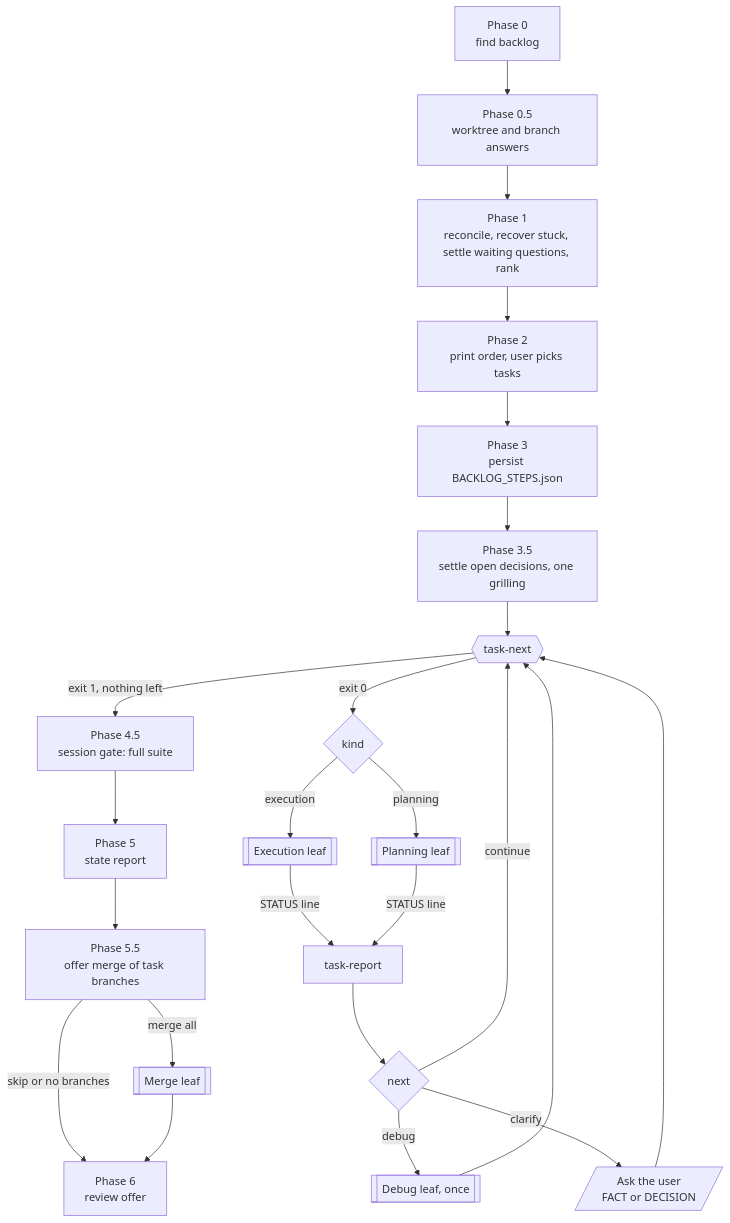
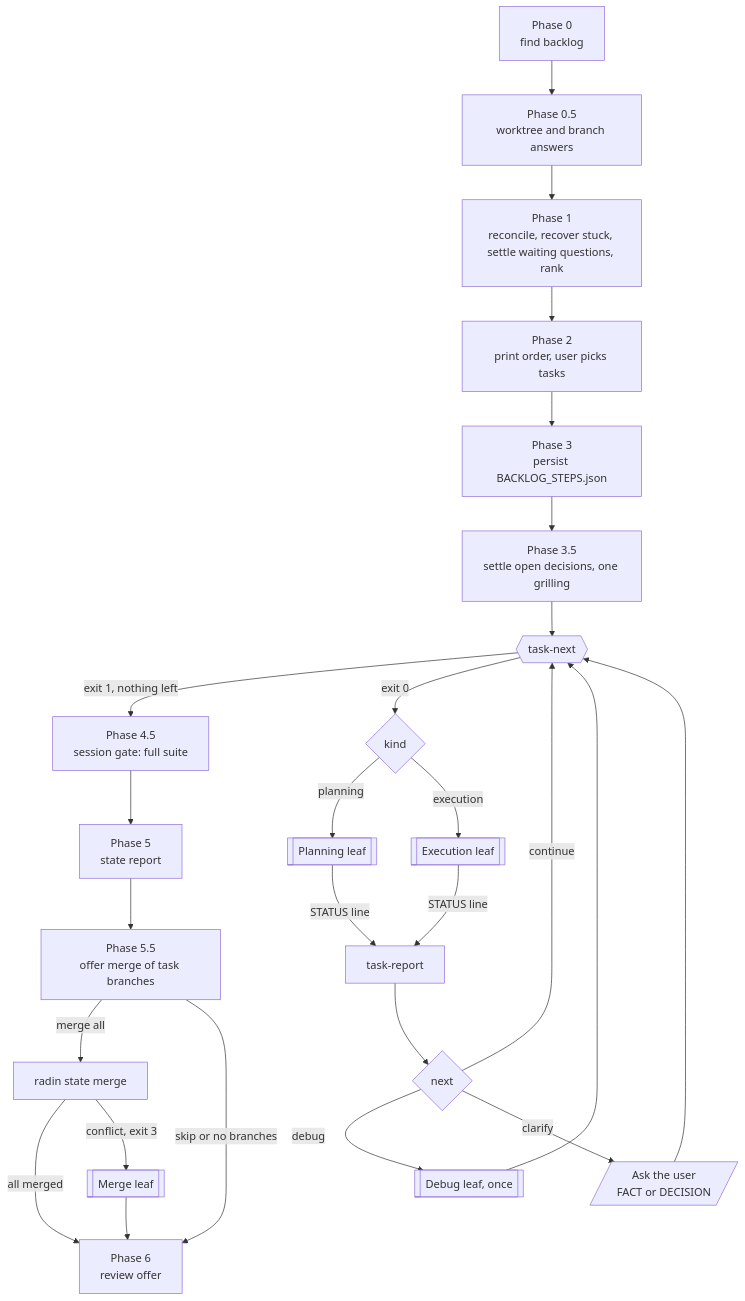
Before and after one commit to shortcuts/radin: the diagram in docs/lifecycle/router-loop.mmd, drawn with Mermaid. The commit also changed 5 other files, not shown here.

```diff
--- a/docs/lifecycle/router-loop.mmd
+++ b/docs/lifecycle/router-loop.mmd
@@ -1,24 +1,26 @@
 flowchart TD
   p0[Phase 0<br/>find backlog] --> p05[Phase 0.5<br/>worktree and branch answers]
   p05 --> p1[Phase 1<br/>reconcile, recover stuck, settle waiting questions, rank]
   p1 --> p2[Phase 2<br/>print order, user picks tasks]
   p2 --> p3[Phase 3<br/>persist BACKLOG_STEPS.json]
   p3 --> p35[Phase 3.5<br/>settle open decisions, one grilling]
   p35 --> next{{task-next}}
   next -- exit 1, nothing left --> p45[Phase 4.5<br/>session gate: full suite]
   next -- exit 0 --> kind{kind}
   kind -- planning --> leafP[[Planning leaf]]
   kind -- execution --> leafE[[Execution leaf]]
   leafE -- STATUS line --> report[task-report]
   leafP -- STATUS line --> report
   report --> route{next}
   route -- continue --> next
   route -- debug --> debug[[Debug leaf, once]]
   debug --> next
   route -- clarify --> user[/Ask the user<br/>FACT or DECISION/]
   user --> next
   p45 --> p5[Phase 5<br/>state report]
   p5 --> p55[Phase 5.5<br/>offer merge of task branches]
-  p55 -- merge all --> leafM[[Merge leaf]]
+  p55 -- merge all --> mergeCli[radin state merge]
+  mergeCli -- all merged --> p6
+  mergeCli -- conflict, exit 3 --> leafM[[Merge leaf]]
   p55 -- skip or no branches --> p6
   leafM --> p6[Phase 6<br/>review offer]
```
